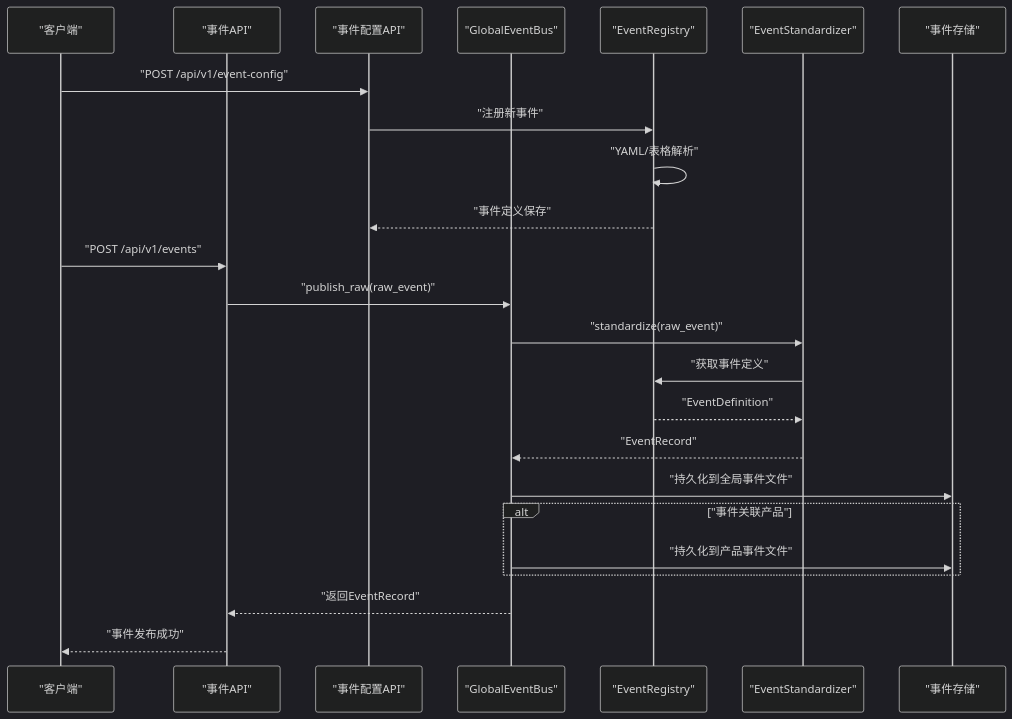
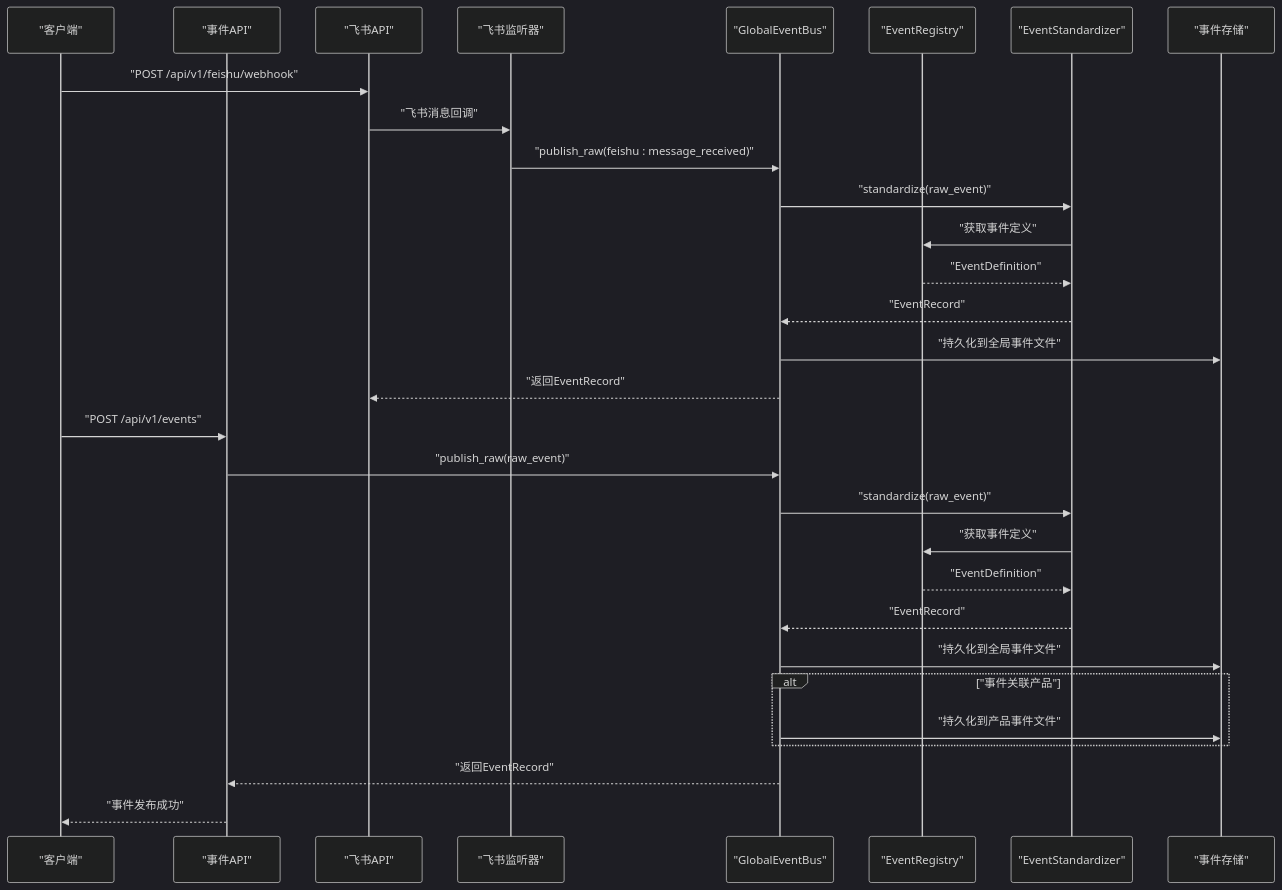
The second of 11 diagrams in .qoder/repowiki/zh/content/系统架构/事件驱动系统/事件总线核心.md (angledick/-), drawn with Mermaid (dark theme) before and after one commit. The commit also changed other lines of this file and 69 other files, not shown here.

````diff
--- a/.qoder/repowiki/zh/content/系统架构/事件驱动系统/事件总线核心.md
+++ b/.qoder/repowiki/zh/content/系统架构/事件驱动系统/事件总线核心.md
@@ -104,26 +124,32 @@
 ```mermaid
 sequenceDiagram
 participant Client as "客户端"
 participant API as "事件API"
-participant ConfigAPI as "事件配置API"
+participant FeishuAPI as "飞书API"
+participant FeishuListener as "飞书监听器"
 participant Bus as "GlobalEventBus"
 participant Registry as "EventRegistry"
 participant Std as "EventStandardizer"
 participant Store as "事件存储"
-Client->>ConfigAPI : "POST /api/v1/event-config"
-ConfigAPI->>Registry : "注册新事件"
-Registry->>Registry : "YAML/表格解析"
-Registry-->>ConfigAPI : "事件定义保存"
+Client->>FeishuAPI : "POST /api/v1/feishu/webhook"
+FeishuAPI->>FeishuListener : "飞书消息回调"
+FeishuListener->>Bus : "publish_raw(feishu : message_received)"
+Bus->>Std : "standardize(raw_event)"
+Std->>Registry : "获取事件定义"
+Registry-->>Std : "EventDefinition"
+Std-->>Bus : "EventRecord"
+Bus->>Store : "持久化到全局事件文件"
+Bus-->>FeishuAPI : "返回EventRecord"
 Client->>API : "POST /api/v1/events"
 API->>Bus : "publish_raw(raw_event)"
 Bus->>Std : "standardize(raw_event)"
 Std->>Registry : "获取事件定义"
 Registry-->>Std : "EventDefinition"
 Std-->>Bus : "EventRecord"
 Bus->>Store : "持久化到全局事件文件"
 alt "事件关联产品"
 Bus->>Store : "持久化到产品事件文件"
 end
 Bus-->>API : "返回EventRecord"
 API-->>Client : "事件发布成功"
 ```
````
